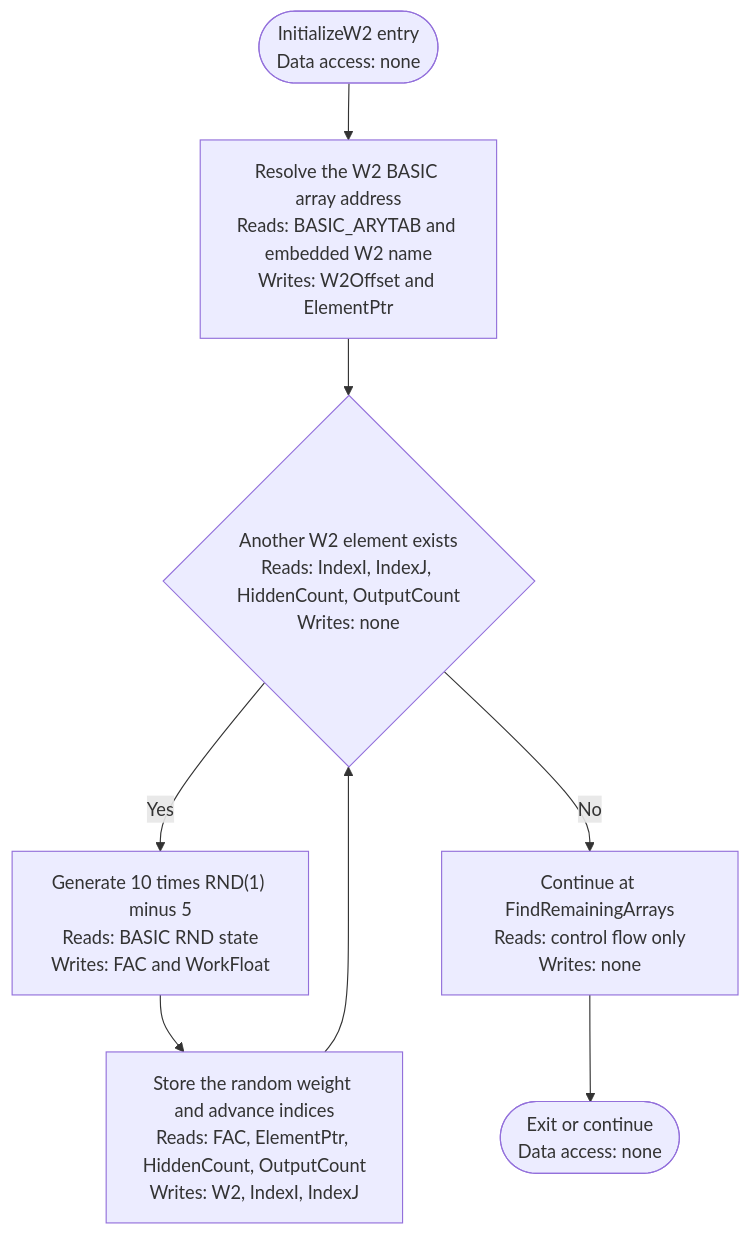
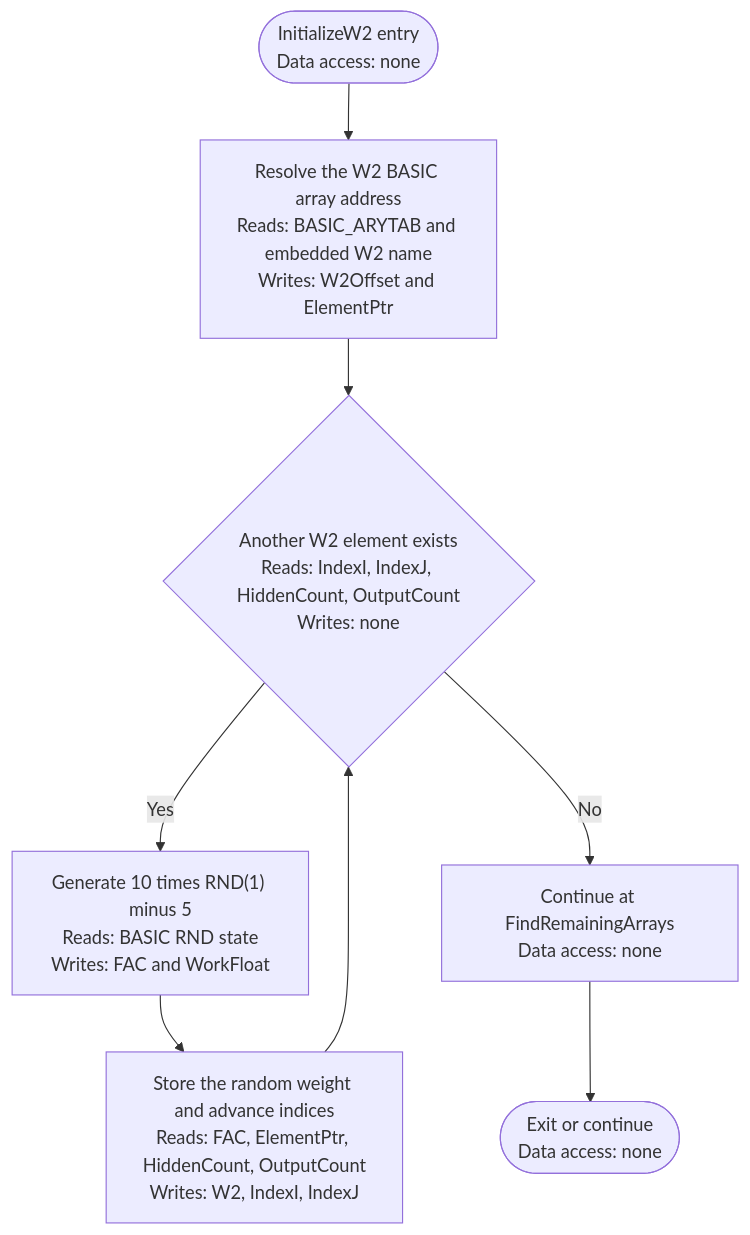
Before and after one commit to sharpninja/NeuralNetworks: diagram 16 of 51 in docs/Diagrams/BP-ML-Activity-Diagrams.md, drawn with Mermaid. The commit also changed other lines of this file and 10 other files, not shown here.

````diff
--- a/docs/Diagrams/BP-ML-Activity-Diagrams.md
+++ b/docs/Diagrams/BP-ML-Activity-Diagrams.md
@@ -405,10 +446,10 @@
 ```mermaid
 flowchart TD
     A(["InitializeW2 entry<br/>Data access: none"]) --> B["Resolve the W2 BASIC array address<br/>Reads: BASIC_ARYTAB and embedded W2 name<br/>Writes: W2Offset and ElementPtr"]
     B --> C{"Another W2 element exists<br/>Reads: IndexI, IndexJ, HiddenCount, OutputCount<br/>Writes: none"}
     C -- Yes --> D["Generate 10 times RND(1) minus 5<br/>Reads: BASIC RND state<br/>Writes: FAC and WorkFloat"]
     D --> E["Store the random weight and advance indices<br/>Reads: FAC, ElementPtr, HiddenCount, OutputCount<br/>Writes: W2, IndexI, IndexJ"]
     E --> C
-    C -- No --> F["Continue at FindRemainingArrays<br/>Reads: control flow only<br/>Writes: none"]
+    C -- No --> F["Continue at FindRemainingArrays<br/>Data access: none"]
     F --> Z(["Exit or continue<br/>Data access: none"])
 ```
````
